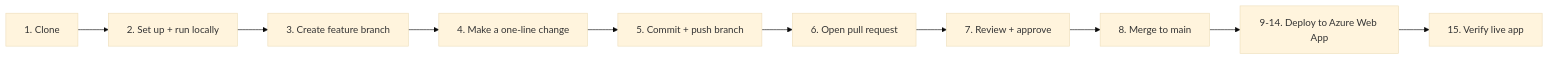
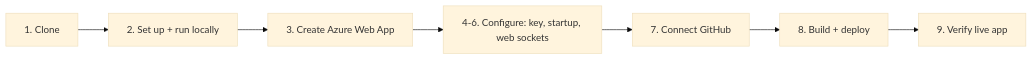
Before and after one commit to ajeetuk/Project_1_Financial_Policy_ChatBot_Rag_Implementation: the fifth of 6 diagrams in README.md, drawn with Mermaid (base theme). The commit also changed other lines of this file, not shown here.

````diff
--- a/README.md
+++ b/README.md
@@ -258,12 +256,9 @@
 ```mermaid
 flowchart LR
     S1["1. Clone"] --> S2["2. Set up + run locally"]
-    S2 --> S3["3. Create feature branch"]
-    S3 --> S4["4. Make a one-line change"]
-    S4 --> S5["5. Commit + push branch"]
-    S5 --> S6["6. Open pull request"]
-    S6 --> S7["7. Review + approve"]
-    S7 --> S8["8. Merge to main"]
-    S8 --> S9["9-14. Deploy to Azure Web App"]
-    S9 --> S15["15. Verify live app"]
+    S2 --> S3["3. Create Azure Web App"]
+    S3 --> S4["4-6. Configure: key, startup, web sockets"]
+    S4 --> S7["7. Connect GitHub"]
+    S7 --> S8["8. Build + deploy"]
+    S8 --> S9["9. Verify live app"]
 ```
````
